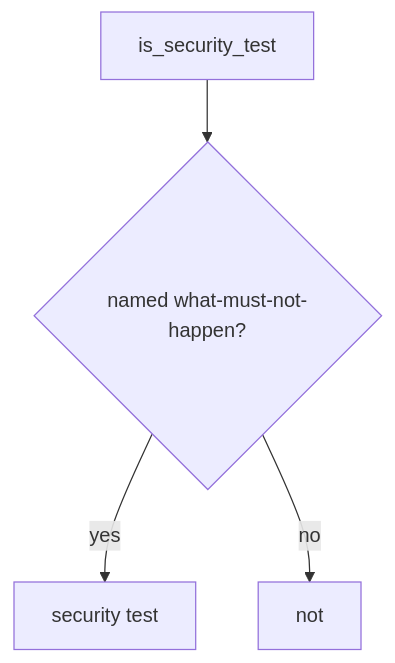
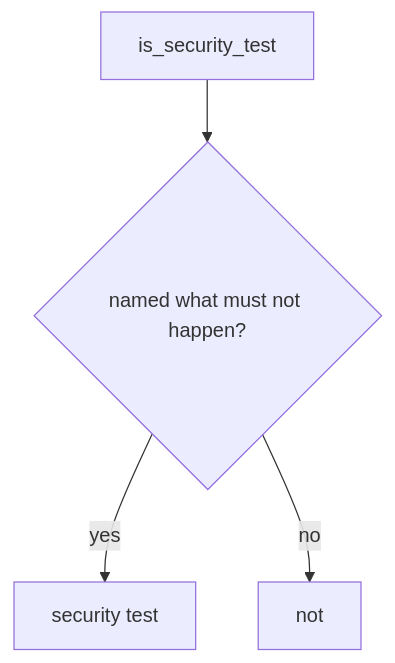
One commit to ishitvagoel/LearnSecurity changed the diagram in content/modules/9/9.3/lessons/04-build.md. Above: the diagram before and after it, drawn with Mermaid. The commit also changed other lines of this file and 84 other files, not shown here.

````diff
--- a/content/modules/9/9.3/lessons/04-build.md
+++ b/content/modules/9/9.3/lessons/04-build.md
@@ -16,6 +16,6 @@
 ```mermaid
 flowchart TD
-  Call[is_security_test] --> Fo{named what-must-not-happen?}
+  Call[is_security_test] --> Fo{named what must not happen?}
   Fo -->|yes| Allow[security test]
   Fo -->|no| Deny[not]
 ```
````
